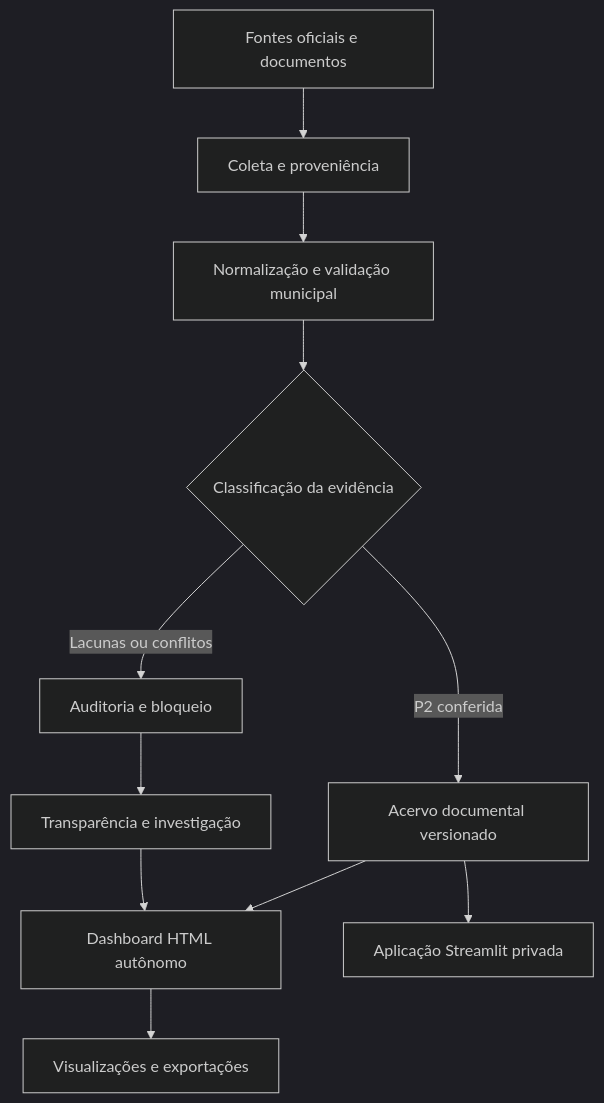
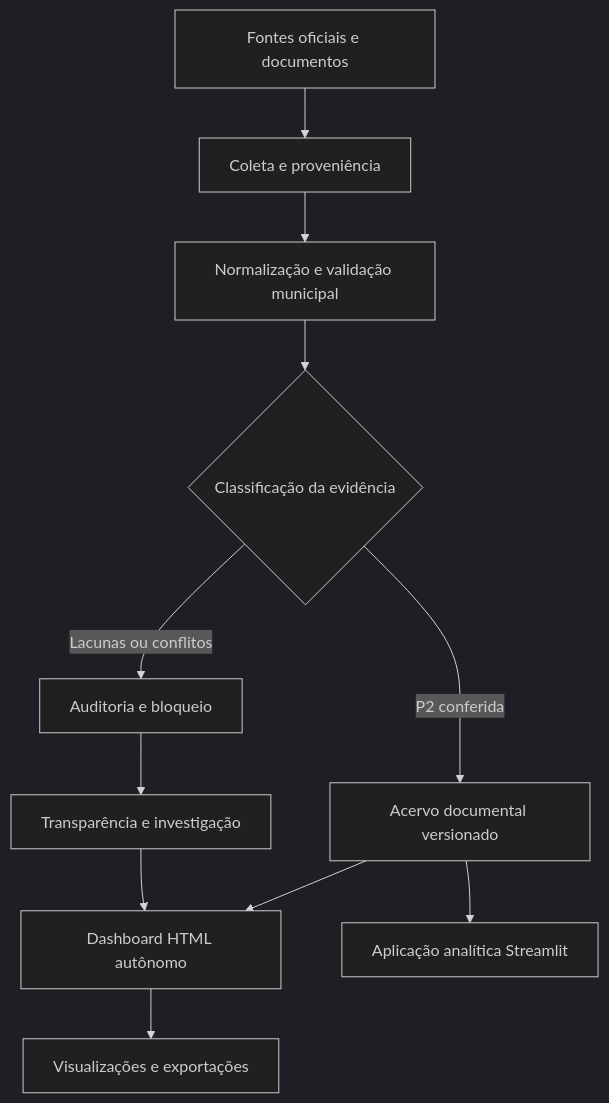
Before and after one commit to luizhmarquez-a11y/UDI-Market-Intelligence-Dashboard: the diagram in README.md, drawn with Mermaid (dark theme). The commit also changed other lines of this file and 6 other files, not shown here.

````diff
--- a/README.md
+++ b/README.md
@@ -92,13 +92,13 @@
 ```mermaid
 flowchart TD
     A[Fontes oficiais e documentos] --> B[Coleta e proveniência]
     B --> C[Normalização e validação municipal]
     C --> D{Classificação da evidência}
     D -->|P2 conferida| E[Acervo documental versionado]
     D -->|Lacunas ou conflitos| F[Auditoria e bloqueio]
     E --> G[Dashboard HTML autônomo]
-    E --> H[Aplicação Streamlit privada]
+    E --> H[Aplicação analítica Streamlit]
     F --> I[Transparência e investigação]
     G --> J[Visualizações e exportações]
     I --> G
 ```
````
